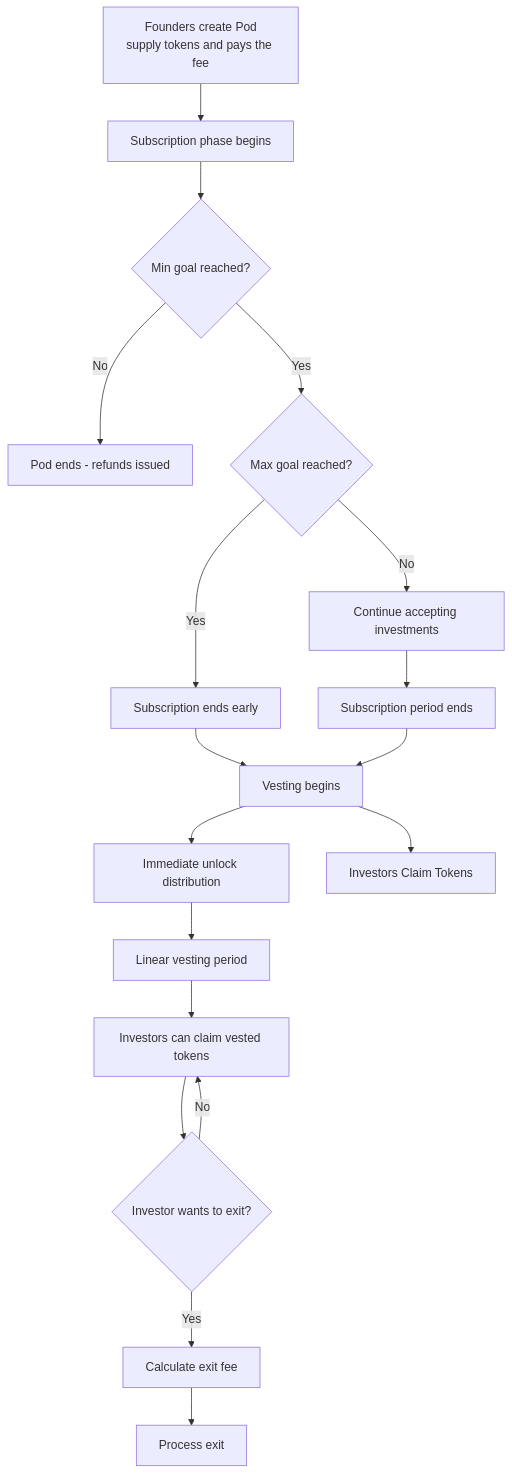
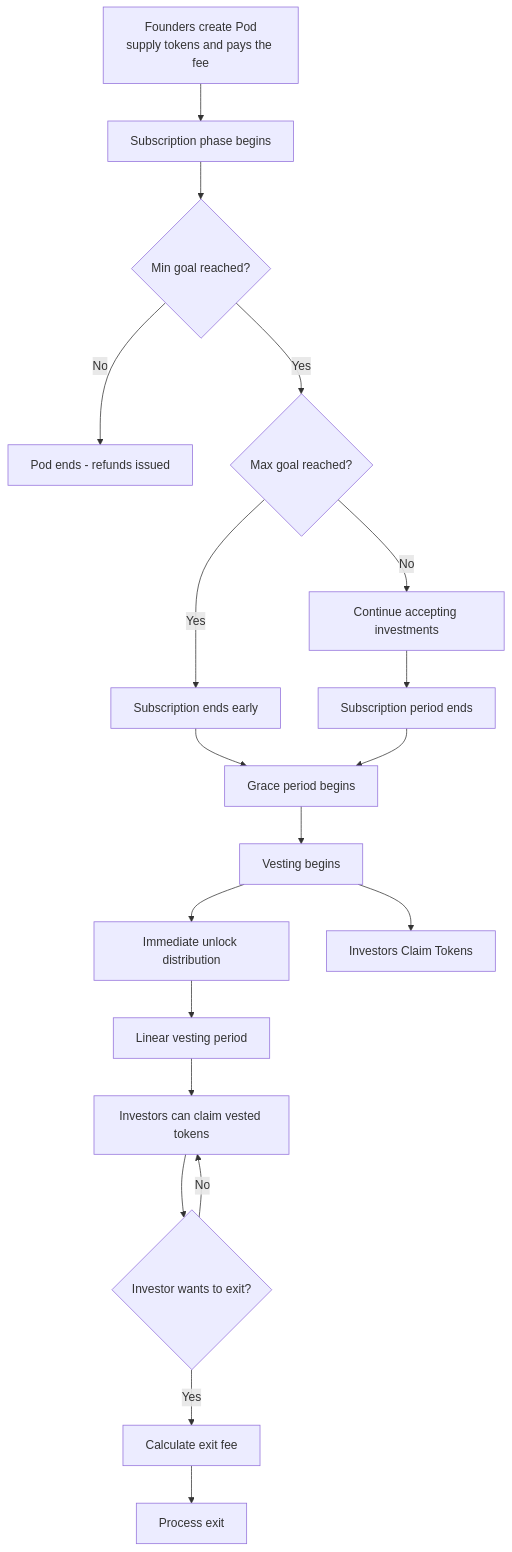
The diagram in README.md (gonative-cc/credible), drawn with Mermaid before and after one commit. The commit also changed other lines of this file and 2 other files, not shown here.

Commit message:
feat: add grace period feature

````diff
--- a/README.md
+++ b/README.md
@@ -56,20 +56,21 @@
 ```mermaid
 graph TD
-    A[Founders create Pod<br>supply tokens and pays the fee] --> C[Subscription phase begins]
-    C --> D{Min goal reached?}
-    D -->|No| E[Pod ends - refunds issued]
-    D -->|Yes| F{Max goal reached?}
-    F -->|No| G[Continue accepting investments]
-    F -->|Yes| H[Subscription ends early]
-    G --> I[Subscription period ends]
-    H --> J[Vesting begins]
-    I --> J
-    J --> K[Immediate unlock distribution]
-    K --> L[Linear vesting period]
-    L --> M[Investors can claim vested tokens]
-    M --> N{Investor wants to exit?}
-    N -->|Yes| O[Calculate exit fee]
-    O --> P[Process exit]
-    N -->|No| M
-    J --> X[Investors Claim Tokens]
+     A[Founders create Pod<br>supply tokens and pays the fee] --> C[Subscription phase begins]
+     C --> D{Min goal reached?}
+     D -->|No| E[Pod ends - refunds issued]
+     D -->|Yes| F{Max goal reached?}
+     F -->|No| G[Continue accepting investments]
+     F -->|Yes| H[Subscription ends early]
+     G --> I[Subscription period ends]
+     H --> J[Grace period begins]
+     I --> J
+     J --> K[Vesting begins]
+     K --> L[Immediate unlock distribution]
+     L --> M[Linear vesting period]
+     M --> N[Investors can claim vested tokens]
+     N --> O{Investor wants to exit?}
+     O -->|Yes| P[Calculate exit fee]
+     P --> Q[Process exit]
+     O -->|No| N
+     K --> R[Investors Claim Tokens]
 ```
````
